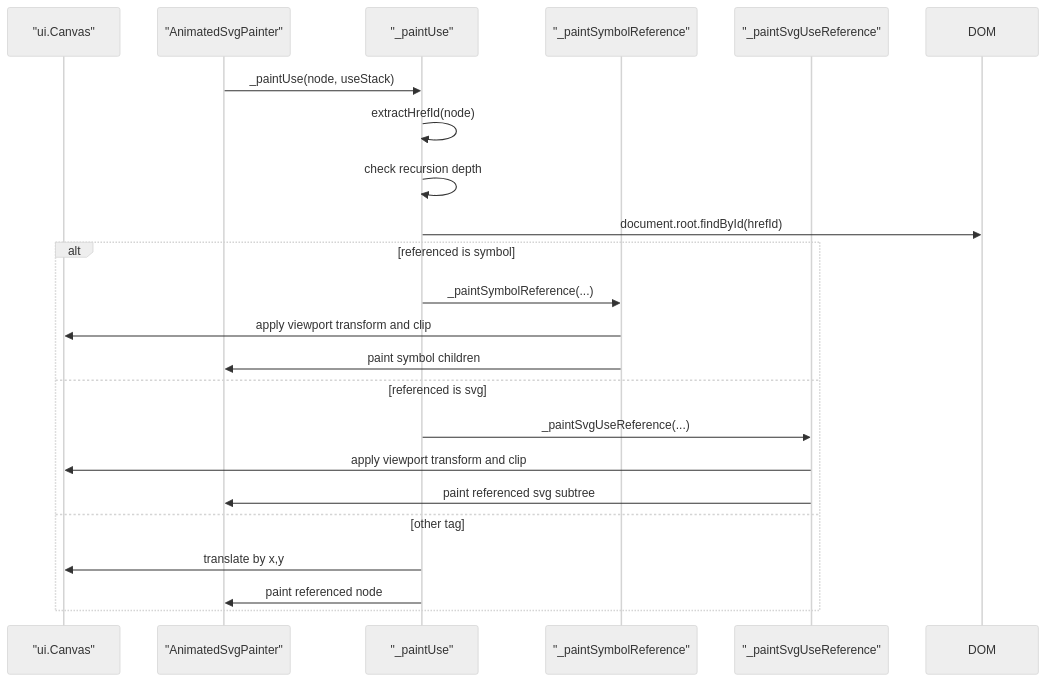
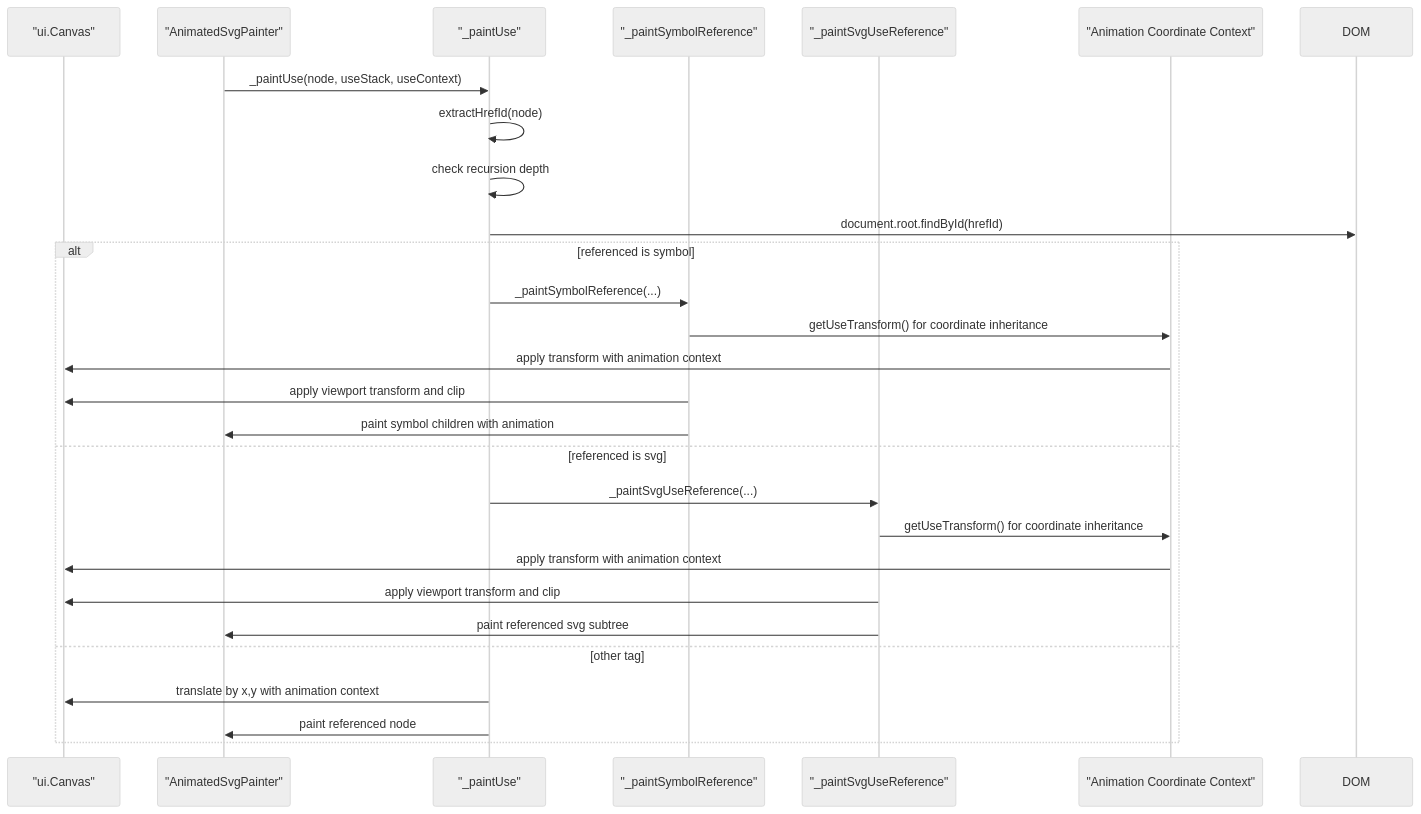
The fifth of 10 diagrams in .qoder/repowiki/en/content/Advanced Features/Use Element Symbol Inheritance.md (denisnadey/flutter_full_svg_support), drawn with Mermaid (neutral theme) before and after one commit. The commit also changed other lines of this file and 20 other files, not shown here.

````diff
--- a/.qoder/repowiki/en/content/Advanced Features/Use Element Symbol Inheritance.md
+++ b/.qoder/repowiki/en/content/Advanced Features/Use Element Symbol Inheritance.md
@@ -226,24 +266,29 @@
 ```mermaid
 sequenceDiagram
 participant Canvas as "ui.Canvas"
 participant Painter as "AnimatedSvgPainter"
 participant UseExt as "_paintUse"
 participant SymExt as "_paintSymbolReference"
 participant SvgExt as "_paintSvgUseReference"
-Painter->>UseExt : _paintUse(node, useStack)
+participant AnimCtx as "Animation Coordinate Context"
+Painter->>UseExt : _paintUse(node, useStack, useContext)
 UseExt->>UseExt : extractHrefId(node)
 UseExt->>UseExt : check recursion depth
 UseExt->>DOM : document.root.findById(hrefId)
 alt referenced is symbol
 UseExt->>SymExt : _paintSymbolReference(...)
+SymExt->>AnimCtx : getUseTransform() for coordinate inheritance
+AnimCtx->>Canvas : apply transform with animation context
 SymExt->>Canvas : apply viewport transform and clip
-SymExt->>Painter : paint symbol children
+SymExt->>Painter : paint symbol children with animation
 else referenced is svg
 UseExt->>SvgExt : _paintSvgUseReference(...)
+SvgExt->>AnimCtx : getUseTransform() for coordinate inheritance
+AnimCtx->>Canvas : apply transform with animation context
 SvgExt->>Canvas : apply viewport transform and clip
 SvgExt->>Painter : paint referenced svg subtree
 else other tag
-UseExt->>Canvas : translate by x,y
+UseExt->>Canvas : translate by x,y with animation context
 UseExt->>Painter : paint referenced node
 end
 ```
````
